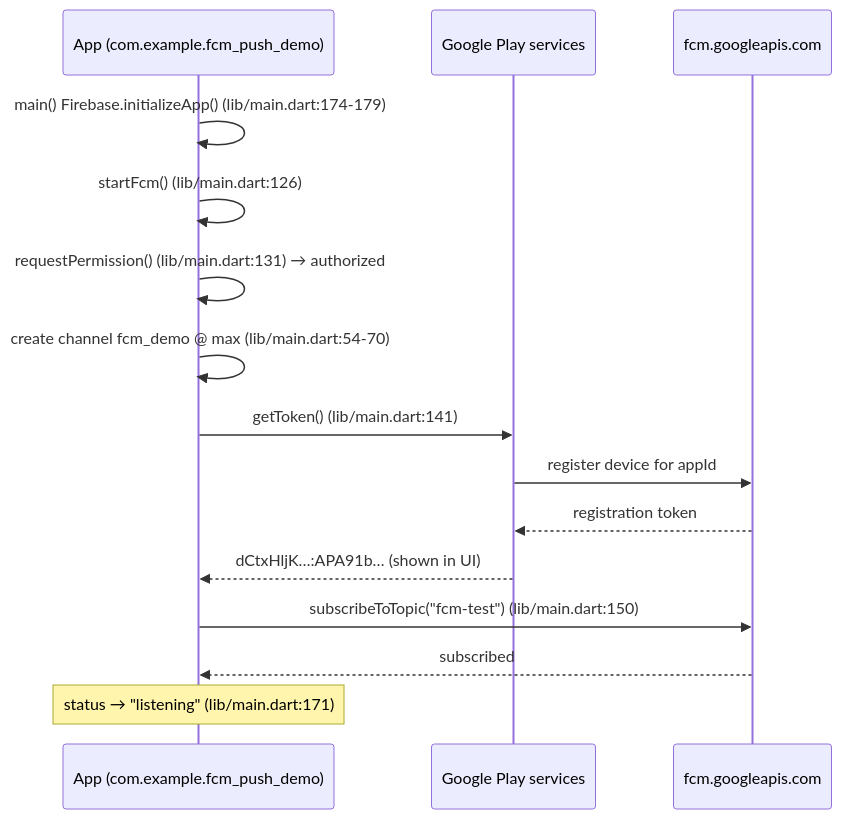
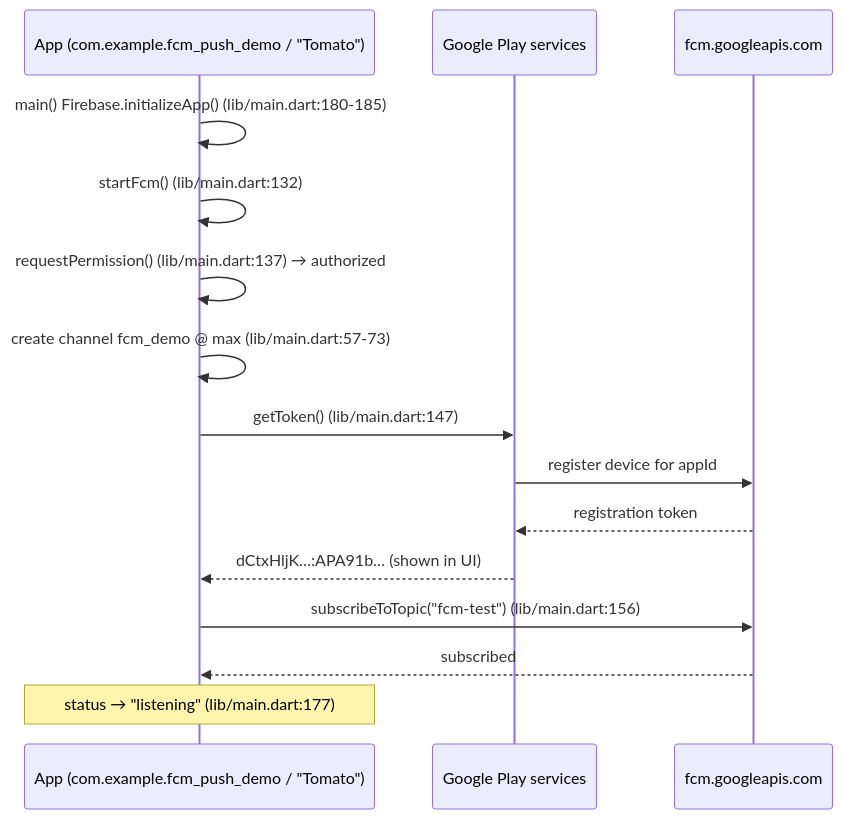
Before and after one commit to hariraja-07/fcm-push-demo: the first of 3 diagrams in ARCHITECTURE.md, drawn with Mermaid. The commit also changed other lines of this file, not shown here.

Commit message:
docs: refresh ARCHITECTURE.md for Tomato rebrand

````diff
--- a/ARCHITECTURE.md
+++ b/ARCHITECTURE.md
@@ -73,18 +75,18 @@
 ```mermaid
 sequenceDiagram
-    participant App as App (com.example.fcm_push_demo)
+    participant App as App (com.example.fcm_push_demo / "Tomato")
     participant GMS as Google Play services
     participant FCM as fcm.googleapis.com
 
-    App->>App: main() Firebase.initializeApp() (lib/main.dart:174-179)
-    App->>App: startFcm() (lib/main.dart:126)
-    App->>App: requestPermission() (lib/main.dart:131) → authorized
-    App->>App: create channel fcm_demo @ max (lib/main.dart:54-70)
-    App->>GMS: getToken() (lib/main.dart:141)
+    App->>App: main() Firebase.initializeApp() (lib/main.dart:180-185)
+    App->>App: startFcm() (lib/main.dart:132)
+    App->>App: requestPermission() (lib/main.dart:137) → authorized
+    App->>App: create channel fcm_demo @ max (lib/main.dart:57-73)
+    App->>GMS: getToken() (lib/main.dart:147)
     GMS->>FCM: register device for appId
     FCM-->>GMS: registration token
     GMS-->>App: dCtxHljK…:APA91b… (shown in UI)
-    App->>FCM: subscribeToTopic("fcm-test") (lib/main.dart:150)
+    App->>FCM: subscribeToTopic("fcm-test") (lib/main.dart:156)
     FCM-->>App: subscribed
-    Note over App: status → "listening" (lib/main.dart:171)
+    Note over App: status → "listening" (lib/main.dart:177)
 ```
````
